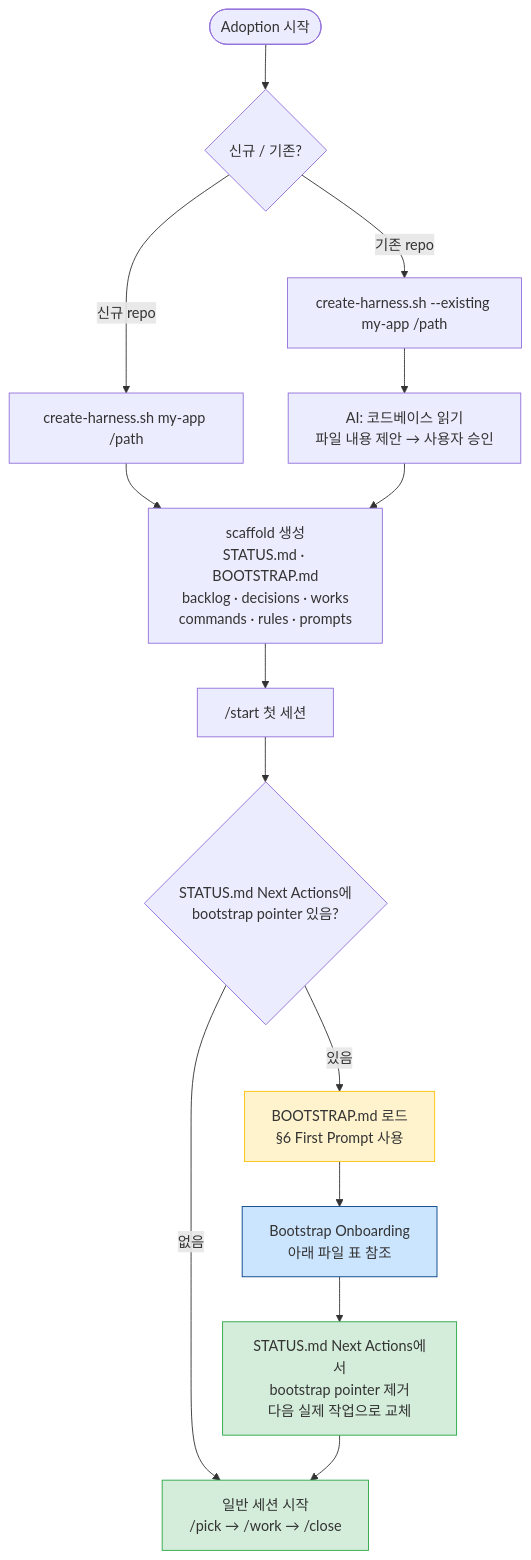
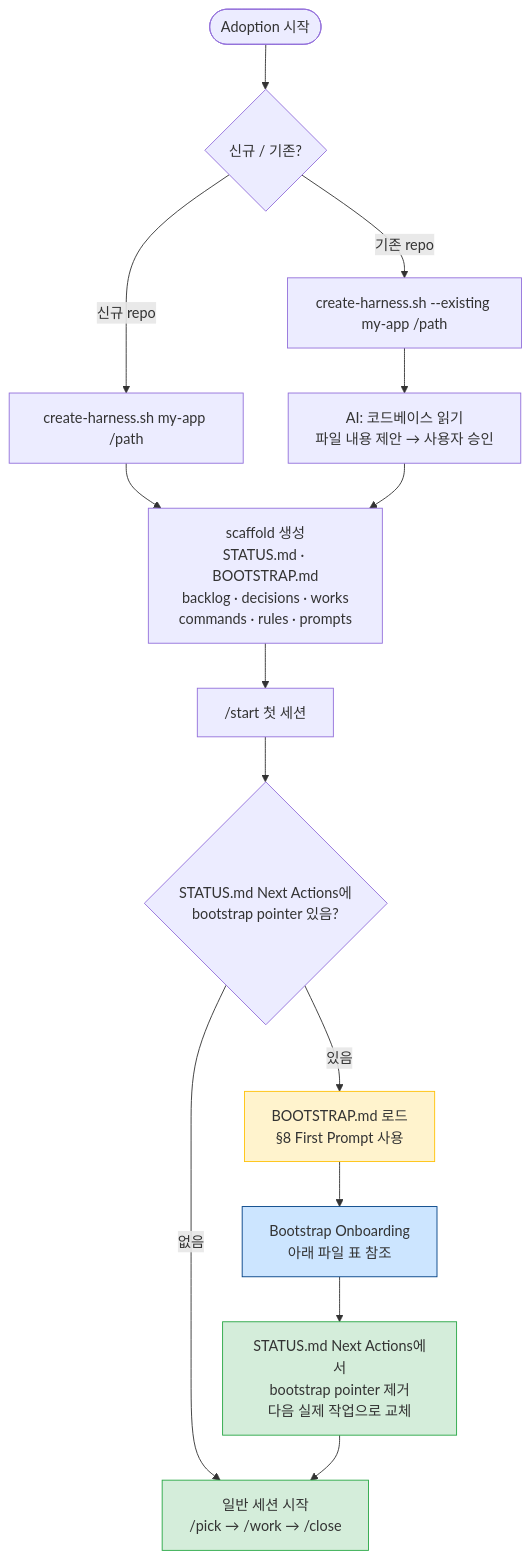
Before and after one commit to kyungseo/ai-workflow-harness: the eighth of 8 diagrams in README.md, drawn with Mermaid. The commit also changed other lines of this file and 13 other files, not shown here.

````diff
--- a/README.md
+++ b/README.md
@@ -633,29 +633,29 @@
 ```mermaid
 flowchart TD
     A(["Adoption 시작"]) --> B{"신규 / 기존?"}
 
     B -- "신규 repo" --> C["create-harness.sh my-app /path"]
     B -- "기존 repo" --> D["create-harness.sh --existing my-app /path"]
 
     C --> E["scaffold 생성\nSTATUS.md · BOOTSTRAP.md\nbacklog · decisions · works\ncommands · rules · prompts"]
     D --> F["AI: 코드베이스 읽기\n파일 내용 제안 → 사용자 승인"]
     F --> E
 
     E --> G["/start 첫 세션"]
 
     G --> H{"STATUS.md Next Actions에\nbootstrap pointer 있음?"}
 
     H -- "없음" --> I["일반 세션 시작\n/pick → /work → /close"]
-    H -- "있음" --> J["BOOTSTRAP.md 로드\n§6 First Prompt 사용"]
+    H -- "있음" --> J["BOOTSTRAP.md 로드\n§8 First Prompt 사용"]
 
     J --> K["Bootstrap Onboarding\n아래 파일 표 참조"]
 
     K --> L["STATUS.md Next Actions에서\nbootstrap pointer 제거\n다음 실제 작업으로 교체"]
 
     L --> I
 
     style J fill:#fff3cd,stroke:#ffc107
     style K fill:#cce5ff,stroke:#004085
     style L fill:#d4edda,stroke:#28a745
     style I fill:#d4edda,stroke:#28a745
 ```
````
